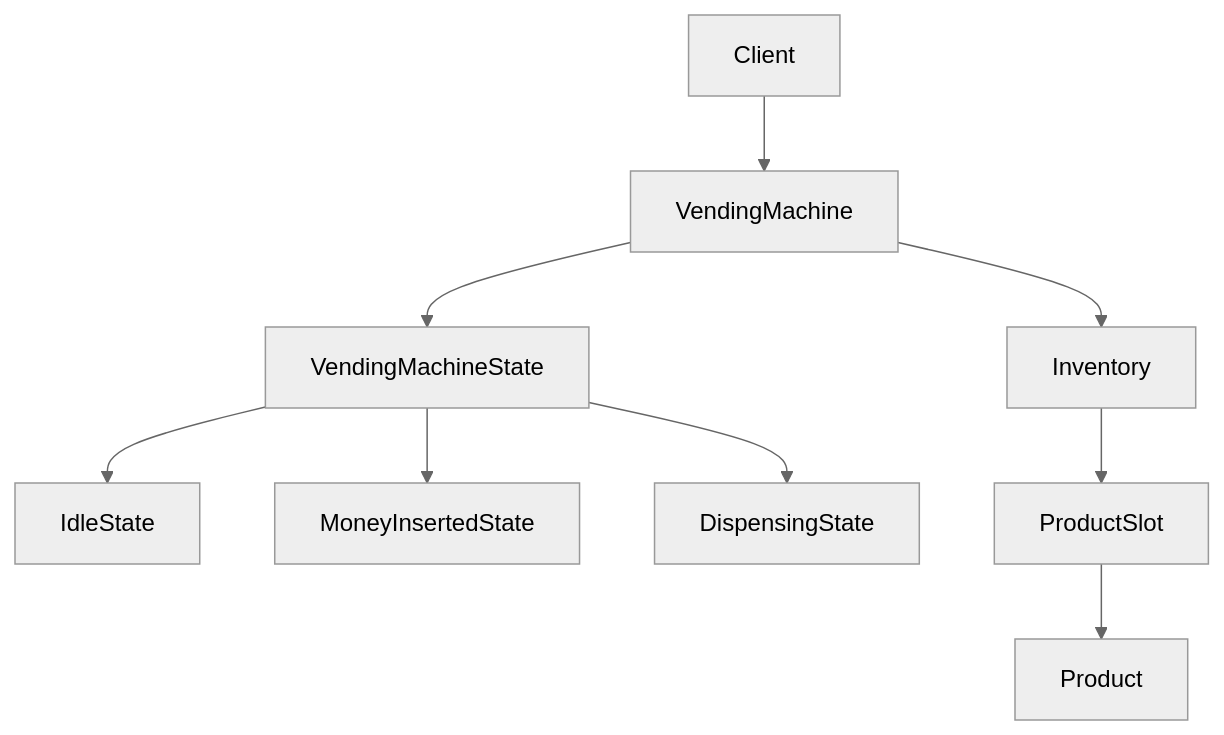
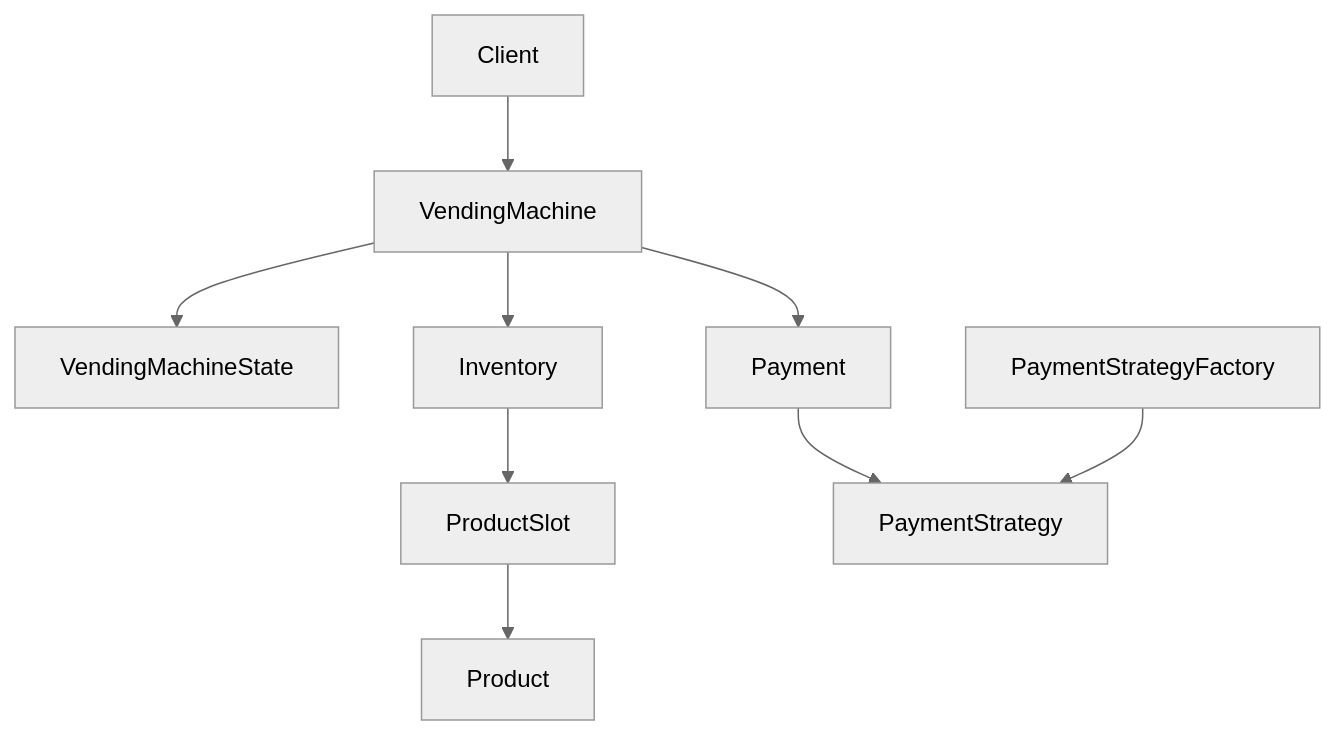
The diagram in Readme.md (vishal2develop/LLDMastery), drawn with Mermaid (neutral theme) before and after one commit. The commit also changed other lines of this file and 2 other files, not shown here.

````diff
--- a/Readme.md
+++ b/Readme.md
@@ -160,14 +190,15 @@
 ```mermaid
 flowchart TD
 
     Client --> VendingMachine
+
     VendingMachine --> VendingMachineState
+    VendingMachine --> Inventory
+    VendingMachine --> Payment
 
-    VendingMachineState --> IdleState
-    VendingMachineState --> MoneyInsertedState
-    VendingMachineState --> DispensingState
-
-    VendingMachine --> Inventory
     Inventory --> ProductSlot
     ProductSlot --> Product
+
+    Payment --> PaymentStrategy
+    PaymentStrategyFactory --> PaymentStrategy
 ```
````
